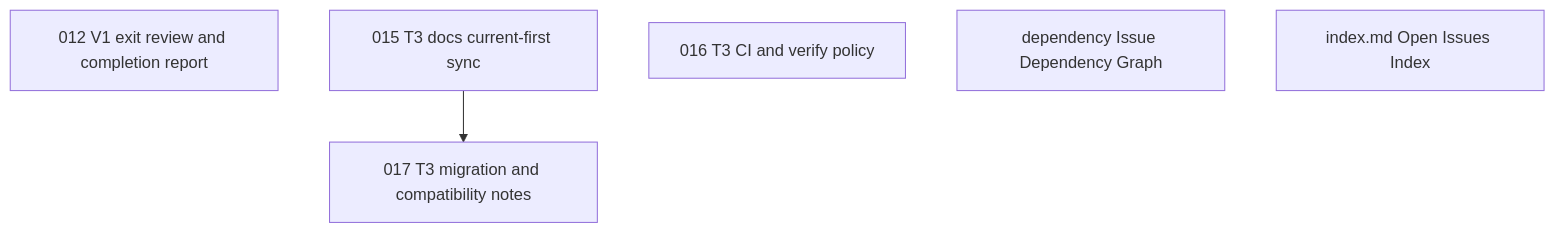
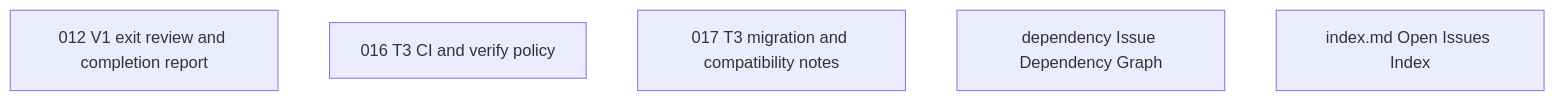
Before and after one commit to wogikaze/arukellt: the diagram in issues/open/dependency-graph.md, drawn with Mermaid. The commit also changed other lines of this file and 4 other files, not shown here.

First line of the commit message:
015: Sync current-first docs with T3 canonical status

````diff
--- a/issues/open/dependency-graph.md
+++ b/issues/open/dependency-graph.md
@@ -7,10 +7,8 @@
 ```mermaid
 graph TD
   I012["012 V1 exit review and completion report"]
-  I015["015 T3 docs current-first sync"]
   I016["016 T3 CI and verify policy"]
+  I017["017 T3 migration and compatibility notes"]
   Idependency["dependency Issue Dependency Graph"]
   Iindex.md["index.md Open Issues Index"]
-  I017["017 T3 migration and compatibility notes"]
-  I015 --> I017
 ```
````
